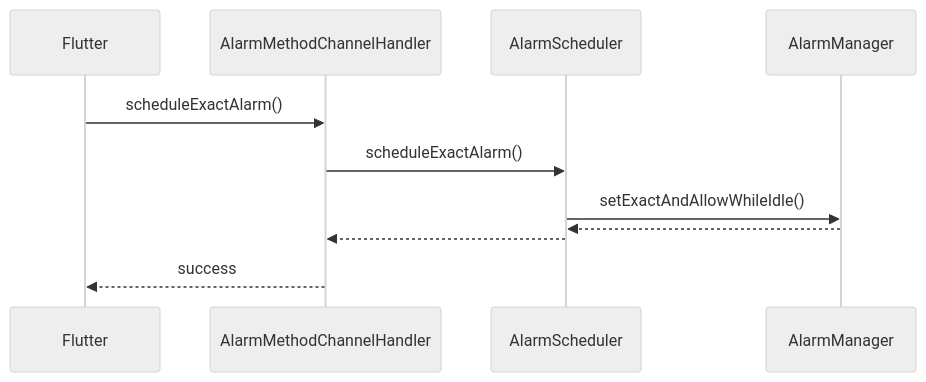
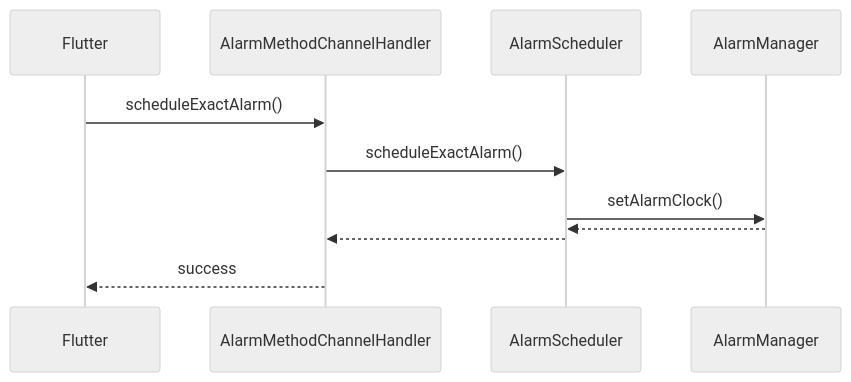
The third of 6 diagrams in docs/ANDROID_BACKGROUND_BLOCK_PRODUCTION_WORKFLOW.md (Usernode-Labs/flutter-mobile-app), drawn with Mermaid (neutral theme) before and after one commit. The commit also changed other lines of this file and 7 other files, not shown here.

First line of the commit message:
Switch from USE_EXACT_ALARM to SET_ALARM_CLOCK API for Google Play compliance

````diff
--- a/docs/ANDROID_BACKGROUND_BLOCK_PRODUCTION_WORKFLOW.md
+++ b/docs/ANDROID_BACKGROUND_BLOCK_PRODUCTION_WORKFLOW.md
@@ -105,14 +105,14 @@
 ```mermaid
 sequenceDiagram
     participant F as Flutter
     participant H as AlarmMethodChannelHandler
     participant S as AlarmScheduler
     participant M as AlarmManager
 
     F->>H: scheduleExactAlarm()
     H->>S: scheduleExactAlarm()
-    S->>M: setExactAndAllowWhileIdle()
+    S->>M: setAlarmClock()
     M-->>S:
     S-->>H:
     H-->>F: success
 ```
````
